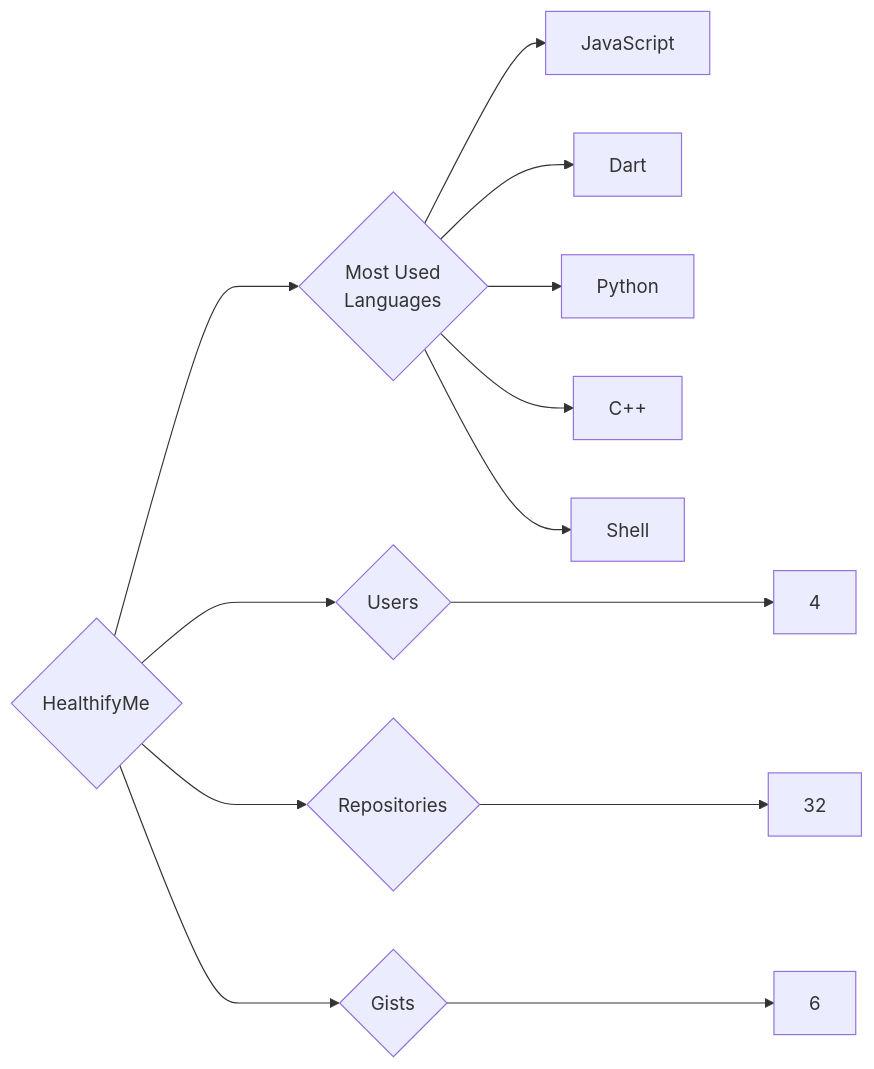
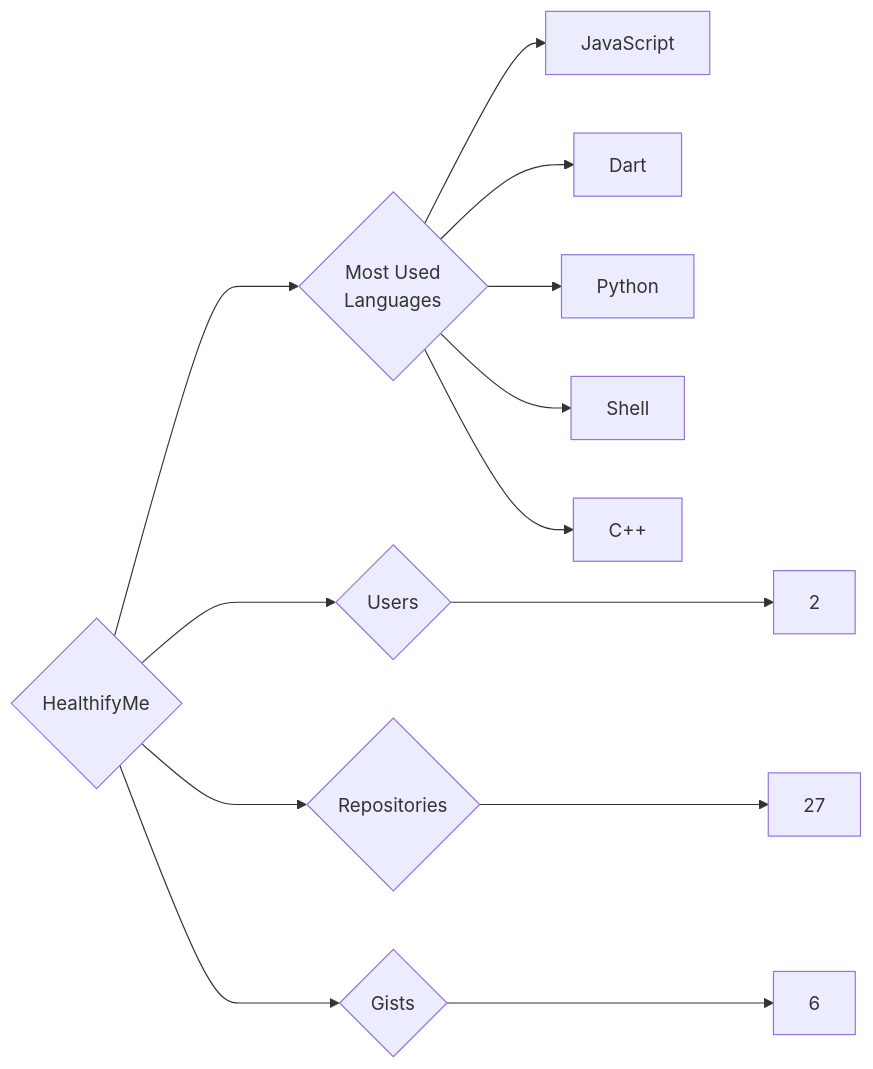
One commit to trickest/insiders changed the diagram in targets/HealthifyMe/README.md. Above: the diagram before and after it, drawn with Mermaid. The commit also changed 1030 other files, not shown here.

````diff
--- a/targets/HealthifyMe/README.md
+++ b/targets/HealthifyMe/README.md
@@ -3,13 +3,13 @@
 ```mermaid
 graph LR
 COMPANY_NAME{HealthifyMe}
-COMPANY_NAME ---> U{Users} ---> UN[4]
-COMPANY_NAME ---> R{Repositories} ---> RN[32]
+COMPANY_NAME ---> U{Users} ---> UN[2]
+COMPANY_NAME ---> R{Repositories} ---> RN[27]
 COMPANY_NAME ---> G{Gists} ---> GN[6]
 COMPANY_NAME ---> ML{Most Used<br>Languages}
 ML --> JavaScript[JavaScript]
 ML --> Dart[Dart]
 ML --> Python[Python]
+ML --> Shell[Shell]
 ML --> C++[C++]
-ML --> Shell[Shell]
 ```
````
